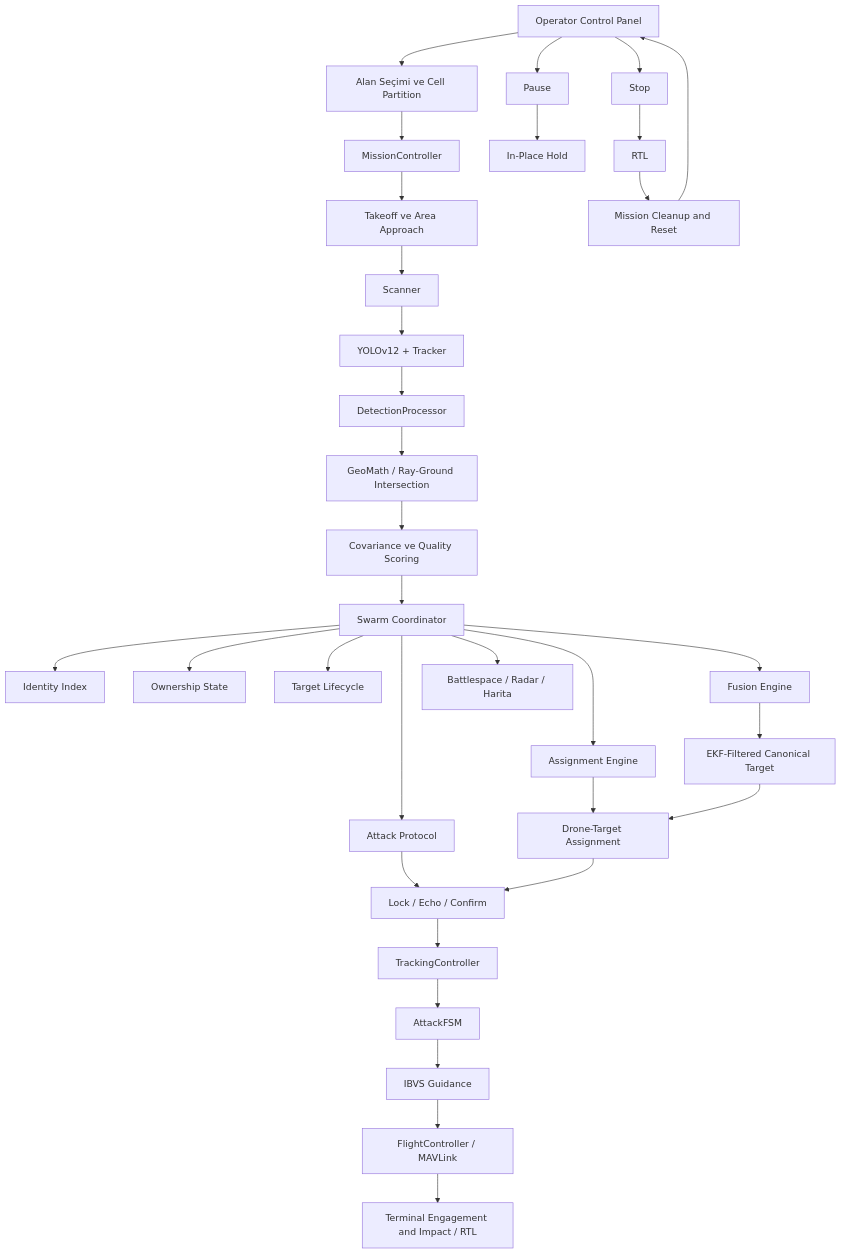
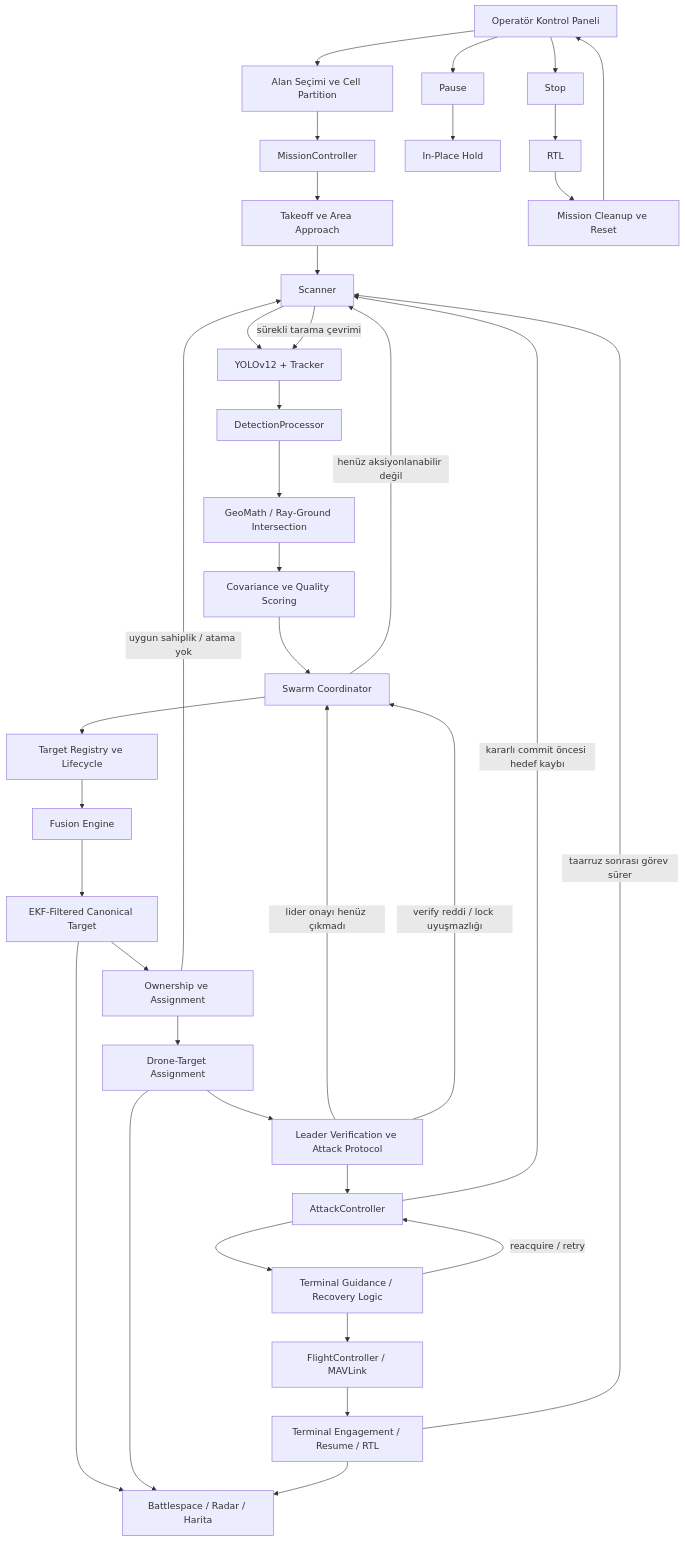
The third of 4 diagrams in README.md (koesan/ORCUS), drawn with Mermaid before and after one commit. The commit also changed other lines of this file and 48 other files, not shown here.

````diff
--- a/README.md
+++ b/README.md
@@ -395,39 +421,43 @@
 ```mermaid
 flowchart TD
-    A[Operator Control Panel] --> B[Alan Seçimi ve Cell Partition]
+    A[Operatör Kontrol Paneli] --> B[Alan Seçimi ve Cell Partition]
     B --> C[MissionController]
     C --> D[Takeoff ve Area Approach]
     D --> E[Scanner]
     E --> F[YOLOv12 + Tracker]
     F --> G[DetectionProcessor]
     G --> H[GeoMath / Ray-Ground Intersection]
     H --> I[Covariance ve Quality Scoring]
     I --> J[Swarm Coordinator]
 
-    J --> K[Identity Index]
-    J --> L[Ownership State]
-    J --> M[Target Lifecycle]
-    J --> N[Fusion Engine]
-    J --> O[Assignment Engine]
-    J --> P[Attack Protocol]
-    J --> Q[Battlespace / Radar / Harita]
+    J --> K[Target Registry ve Lifecycle]
+    K --> L[Fusion Engine]
+    L --> M[EKF-Filtered Canonical Target]
+    M --> N[Ownership ve Assignment]
+    N --> O[Drone-Target Assignment]
+    O --> P[Leader Verification ve Attack Protocol]
+    P --> Q[AttackController]
+    Q --> R[Terminal Guidance / Recovery Logic]
+    R --> S[FlightController / MAVLink]
+    S --> T[Terminal Engagement / Resume / RTL]
 
-    N --> R[EKF-Filtered Canonical Target]
-    O --> S[Drone-Target Assignment]
-    P --> T[Lock / Echo / Confirm]
+    M --> U[Battlespace / Radar / Harita]
+    O --> U
+    T --> U
 
-    R --> S
-    S --> T
-    T --> U[TrackingController]
-    U --> V[AttackFSM]
-    V --> W[IBVS Guidance]
-    W --> X[FlightController / MAVLink]
-    X --> Y[Terminal Engagement and Impact / RTL]
+    E -->|sürekli tarama çevrimi| F
+    J -->|henüz aksiyonlanabilir değil| E
+    N -->|uygun sahiplik / atama yok| E
+    P -->|lider onayı henüz çıkmadı| J
+    P -->|verify reddi / lock uyuşmazlığı| J
+    Q -->|kararlı commit öncesi hedef kaybı| E
+    R -->|reacquire / retry| Q
+    T -->|taarruz sonrası görev sürer| E
 
-    A --> AB[Pause]
-    A --> AC[Stop]
-    AB --> AD[In-Place Hold]
-    AC --> AE[RTL]
-    AE --> AF[Mission Cleanup and Reset]
-    AF --> A
+    A --> V[Pause]
+    A --> W[Stop]
+    V --> X[In-Place Hold]
+    W --> Y[RTL]
+    Y --> Z[Mission Cleanup ve Reset]
+    Z --> A
 ```
````
